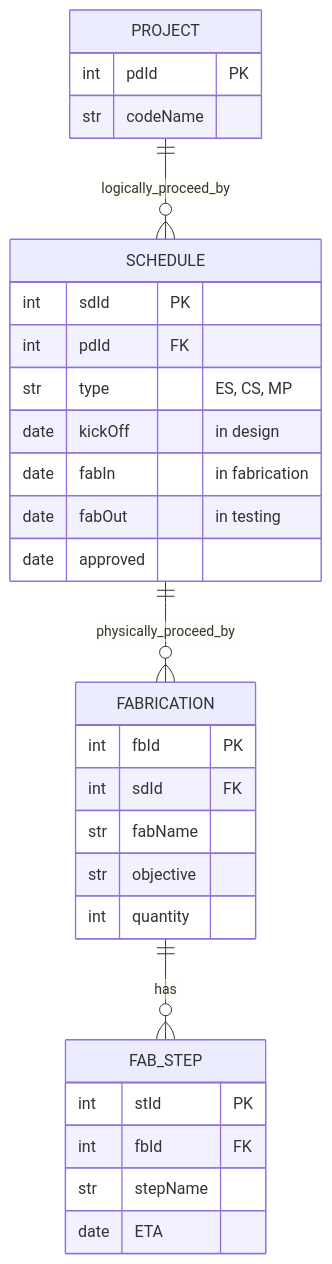
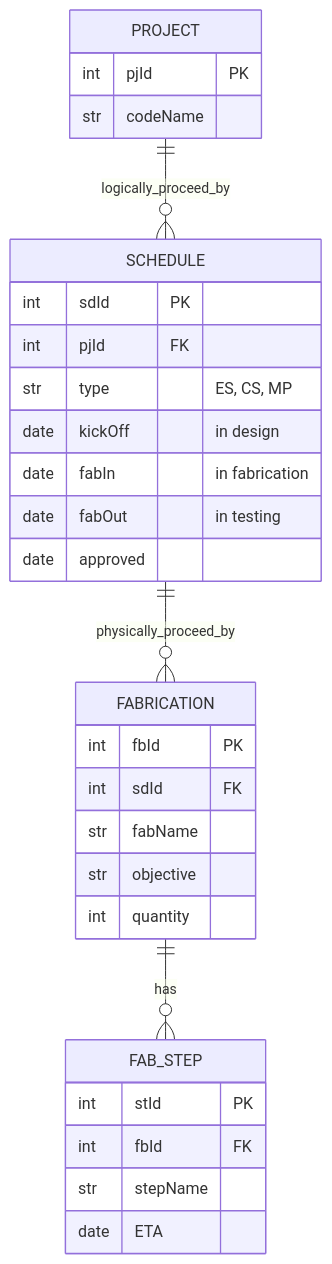
One commit to ihansam/FabPlanner changed the diagram in README.md. Above: the diagram before and after it, drawn with Mermaid. The commit also changed 3 other files, not shown here.

````diff
--- a/README.md
+++ b/README.md
@@ -17,32 +17,32 @@
 ```mermaid
 erDiagram
     PROJECT{
-        int pdId PK
+        int pjId PK
         str codeName
     }
     SCHEDULE{
         int sdId PK
-        int pdId FK
+        int pjId FK
         str type "ES, CS, MP"
         date kickOff "in design"
         date fabIn "in fabrication"
         date fabOut "in testing"
         date approved
     }
     FABRICATION{
         int fbId PK
         int sdId FK
         str fabName
         str objective
         int quantity
     }
     FAB_STEP{
         int stId PK
         int fbId FK
         str stepName
         date ETA
     }
     PROJECT ||--o{ SCHEDULE: logically_proceed_by
     SCHEDULE ||--o{ FABRICATION: physically_proceed_by
     FABRICATION ||--o{ FAB_STEP: has
 ```
````
